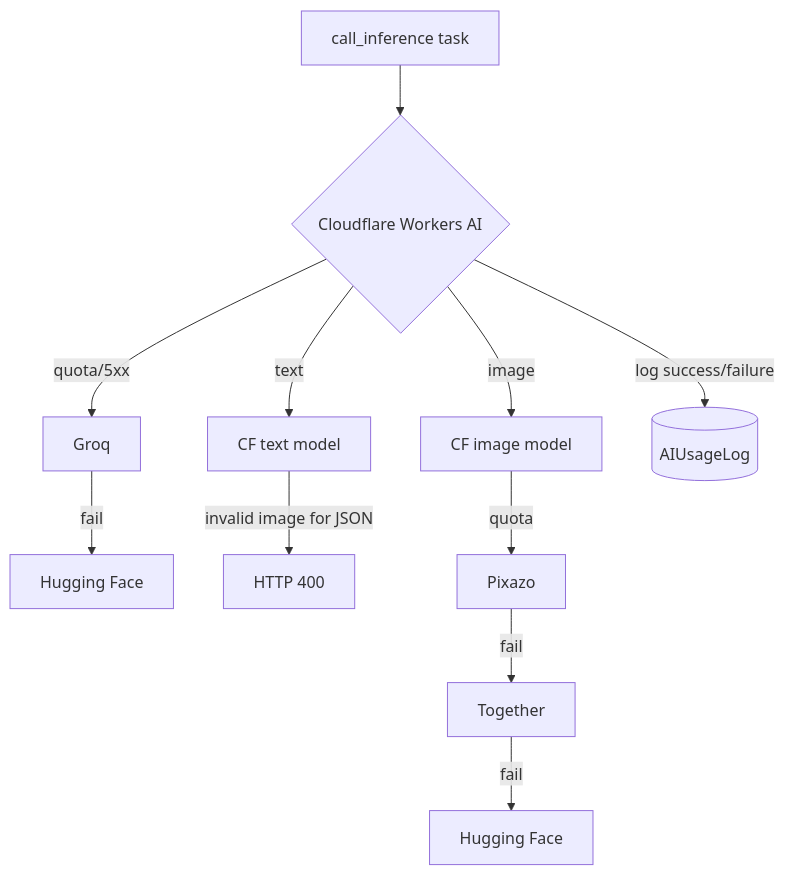
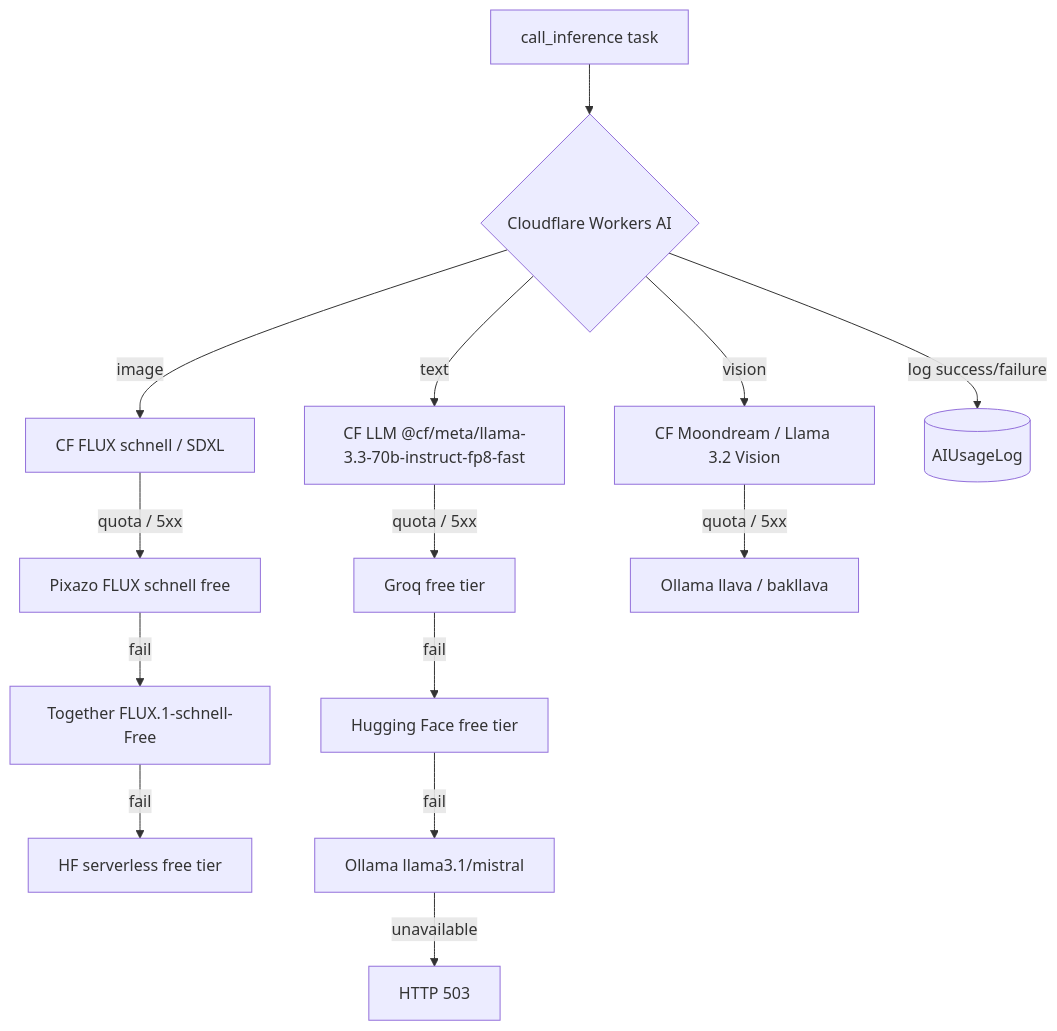
Before and after one commit to Themis128/cu130-slim: the second of 14 diagrams in docs/superpowers/plans/plan-e6a92ed66b9dca4a.md, drawn with Mermaid. The commit also changed other lines of this file and 6 other files, not shown here.

First line of the commit message:
feat: R2-backed media library foundation + updated roadmap diagrams

````diff
--- a/docs/superpowers/plans/plan-e6a92ed66b9dca4a.md
+++ b/docs/superpowers/plans/plan-e6a92ed66b9dca4a.md
@@ -187,13 +192,16 @@
 ```mermaid
 flowchart TD
     A[call_inference task] --> B{Cloudflare Workers AI}
-    B -->|quota/5xx| C[Groq]
-    B -->|text| D[CF text model]
-    B -->|image| E[CF image model]
-    C -->|fail| F[Hugging Face]
-    D -->|invalid image for JSON| G[HTTP 400]
-    E -->|quota| H[Pixazo]
-    H -->|fail| I[Together]
-    I -->|fail| J[Hugging Face]
+    B -->|text| T[CF LLM @cf/meta/llama-3.3-70b-instruct-fp8-fast]
+    B -->|image| I[CF FLUX schnell / SDXL]
+    B -->|vision| V[CF Moondream / Llama 3.2 Vision]
+    T -->|quota / 5xx| G[Groq free tier]
+    I -->|quota / 5xx| P[Pixazo FLUX schnell free]
+    P -->|fail| T2[Together FLUX.1-schnell-Free]
+    T2 -->|fail| HF[HF serverless free tier]
+    V -->|quota / 5xx| V2[Ollama llava / bakllava]
+    G -->|fail| H2[Hugging Face free tier]
+    H2 -->|fail| O[Ollama llama3.1/mistral]
+    O -->|unavailable| E[HTTP 503]
     B -->|log success/failure| K[(AIUsageLog)]
 ```
````
